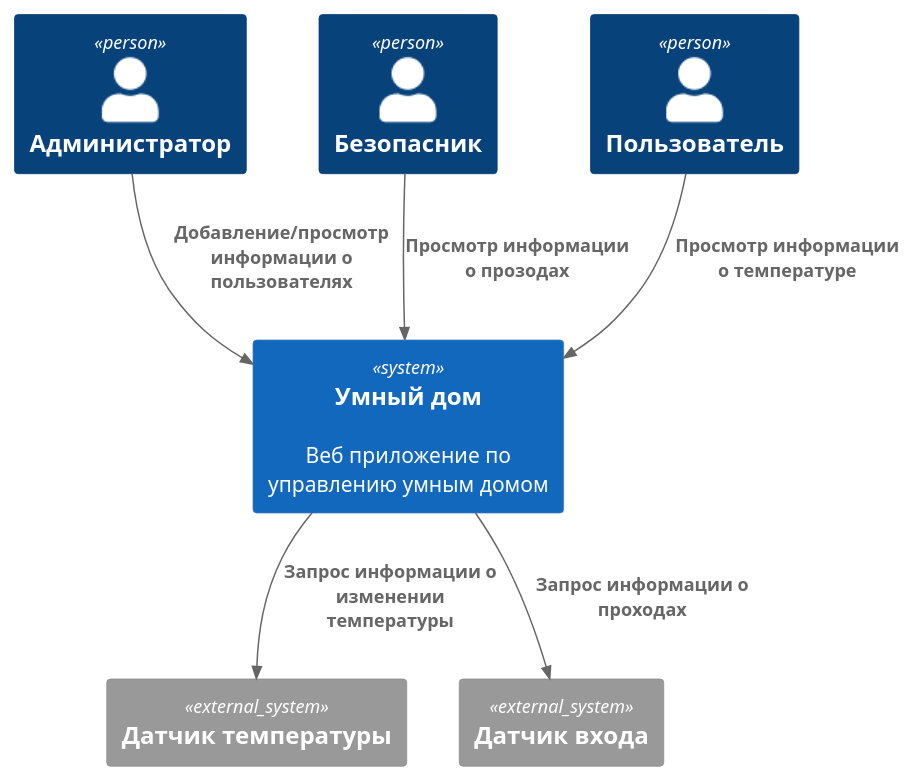
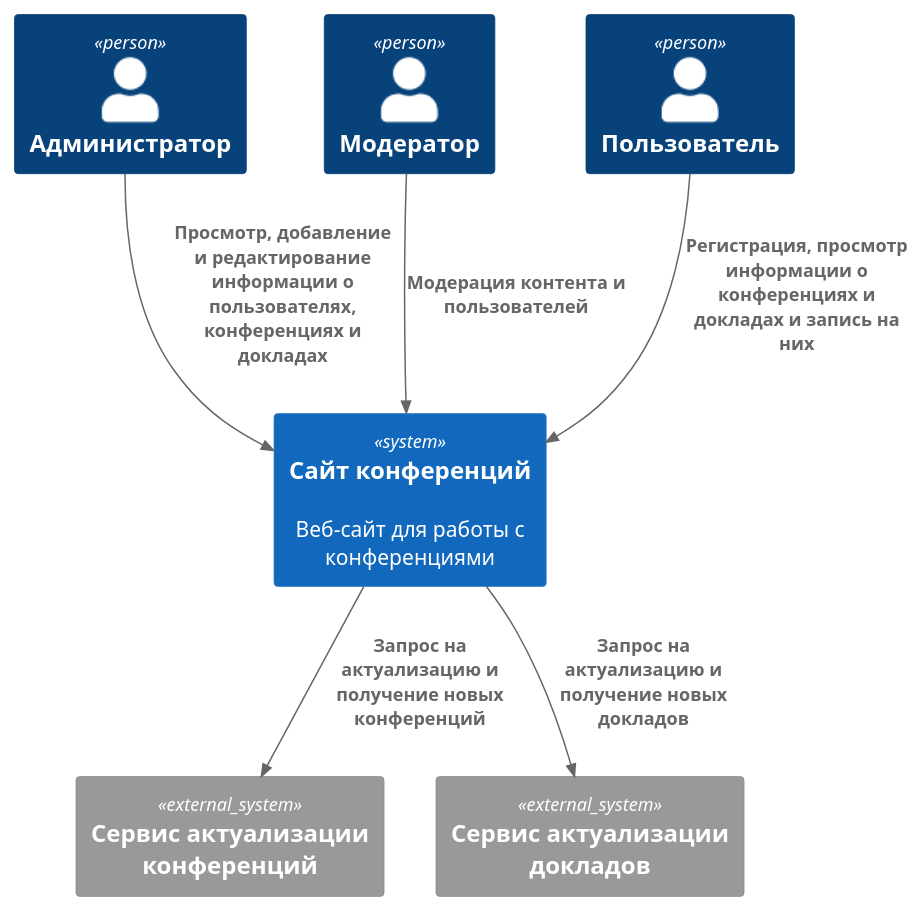
Before and after one commit to Shogun-1/conferences-arch: the diagram in !template/context.md, drawn with PlantUML. The commit also changed other lines of this file and 2 other files, not shown here.

Commit message:
Add architecture description

````diff
--- a/!template/context.md
+++ b/!template/context.md
@@ -4,23 +4,23 @@
 ```plantuml
 @startuml
 !include https://raw.githubusercontent.com/plantuml-stdlib/C4-PlantUML/master/C4_Container.puml
 
 Person(admin, "Администратор")
-Person(security, "Безопасник")
+Person(moderator, "Модератор")
 Person(user, "Пользователь")
 
-System(smart_house, "Умный дом", "Веб приложение по управлению умным домом")
-System_Ext(temp,"Датчик температуры")
-System_Ext(door,"Датчик входа")
+System(conference_site, "Сайт конференций", "Веб-сайт для работы с конференциями")
+System_Ext(conferences_crowler, "Сервис актуализации конференций")
+System_Ext(presentations_crowler, "Сервис актуализации докладов")
 
 
-Rel(admin, smart_house, "Добавление/просмотр информации о пользователях")
-Rel(security, smart_house,"Просмотр информации о прозодах")
-Rel(user, smart_house,"Просмотр информации о температуре")
+Rel(admin, conference_site, "Просмотр, добавление и редактирование информации о пользователях, конференциях и докладах")
+Rel(moderator, conference_site, "Модерация контента и пользователей")
+Rel(user, conference_site, "Регистрация, просмотр информации о конференциях и докладах и запись на них")
 
-Rel_D(smart_house,temp,"Запрос информации о изменении температуры")
-Rel_D(smart_house,door,"Запрос информации о проходах")
+Rel(conference_site, conferences_crowler, "Запрос на актуализацию и получение новых конференций")
+Rel(conference_site, presentations_crowler, "Запрос на актуализацию и получение новых докладов")
 
 
 @enduml
 ```
````
